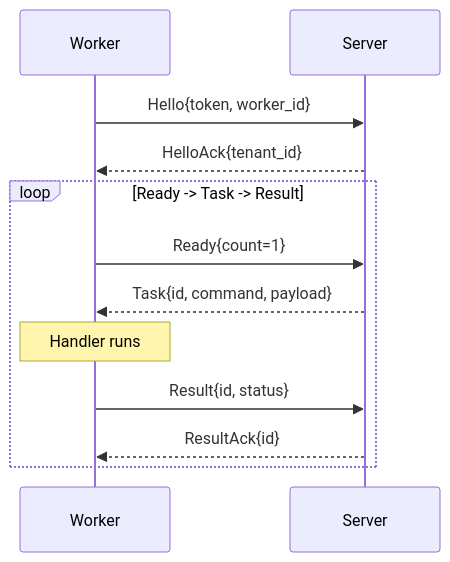
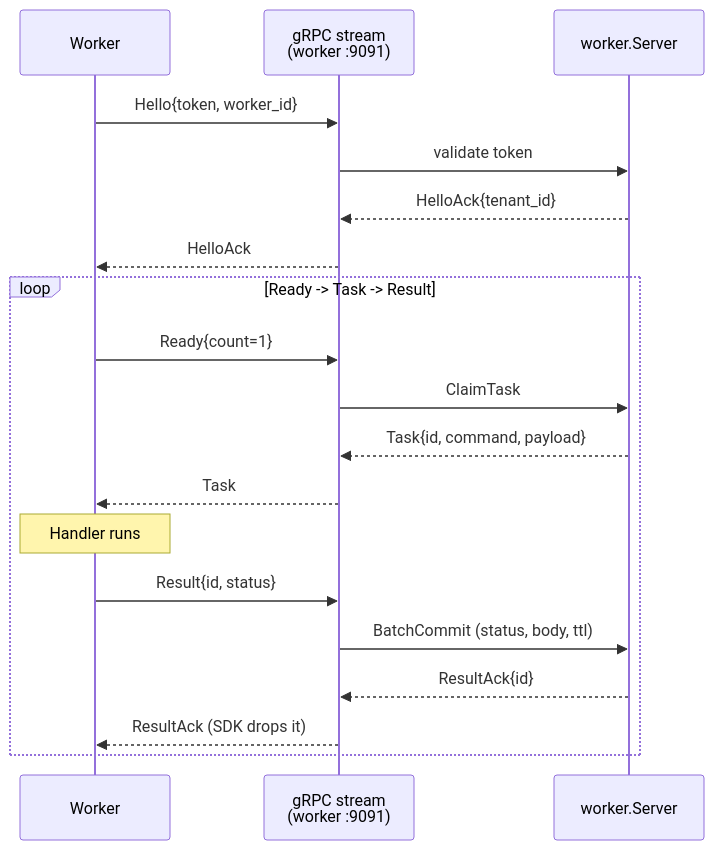
The second of 3 diagrams in docs/34-streaming-api-guide.md (osvaldoandrade/codeq), drawn with Mermaid before and after one commit. The commit also changed other lines of this file and 2 other files, not shown here.

````diff
--- a/docs/34-streaming-api-guide.md
+++ b/docs/34-streaming-api-guide.md
@@ -73,14 +136,21 @@
 ```mermaid
 sequenceDiagram
   participant Worker
-  participant Server
-  Worker->>Server: Hello{token, worker_id}
-  Server-->>Worker: HelloAck{tenant_id}
+  participant Wire as gRPC stream<br/>(worker :9091)
+  participant Server as worker.Server
+  Worker->>Wire: Hello{token, worker_id}
+  Wire->>Server: validate token
+  Server-->>Wire: HelloAck{tenant_id}
+  Wire-->>Worker: HelloAck
   loop Ready -> Task -> Result
-    Worker->>Server: Ready{count=1}
-    Server-->>Worker: Task{id, command, payload}
+    Worker->>Wire: Ready{count=1}
+    Wire->>Server: ClaimTask
+    Server-->>Wire: Task{id, command, payload}
+    Wire-->>Worker: Task
     Note over Worker: Handler runs
-    Worker->>Server: Result{id, status}
-    Server-->>Worker: ResultAck{id}
+    Worker->>Wire: Result{id, status}
+    Wire->>Server: BatchCommit (status, body, ttl)
+    Server-->>Wire: ResultAck{id}
+    Wire-->>Worker: ResultAck (SDK drops it)
   end
 ```
````
